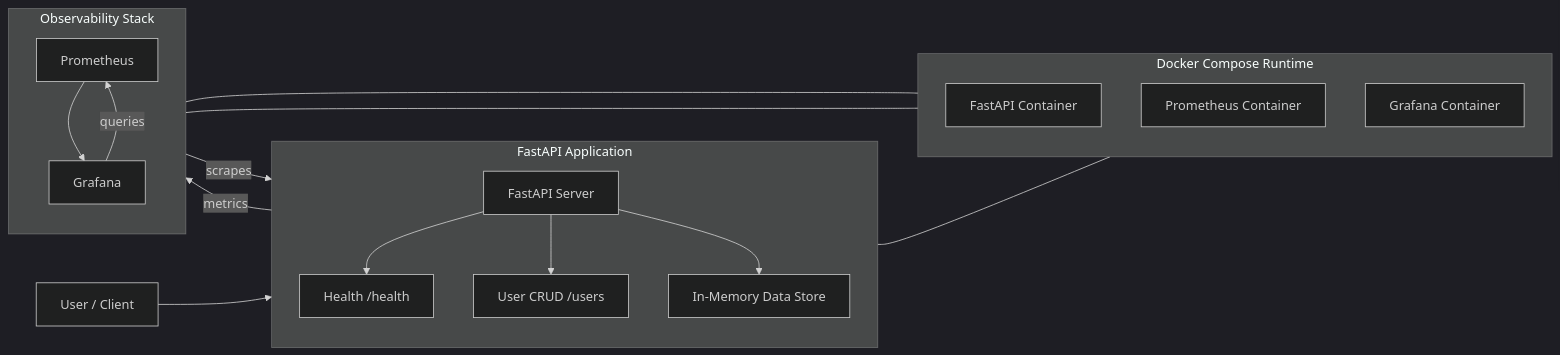
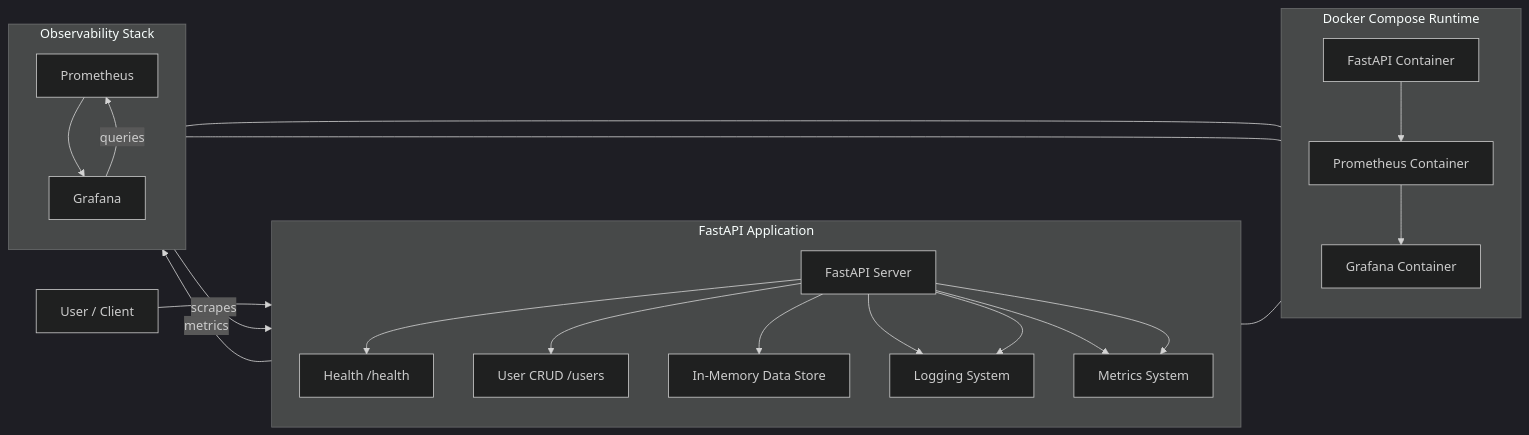
One commit to ZaiFlux/Cloud_API-Logging_System changed the diagram in README.md. Above: the diagram before and after it, drawn with Mermaid (dark theme).

````diff
--- a/README.md
+++ b/README.md
@@ -110,47 +108,57 @@
 ```mermaid
 flowchart LR
 
 User[User / Client]
+
+subgraph DEPLOY[Docker Compose Runtime]
+direction TB
+
+API_C[FastAPI Container]
+PROM_C[Prometheus Container]
+GRAF_C[Grafana Container]
+
+API_C --> PROM_C --> GRAF_C
+end
 
 subgraph APP[FastAPI Application]
 direction TB
 
 API[FastAPI Server]
 
 H[Health /health]
 USR[User CRUD /users]
 STORE[In-Memory Data Store]
 
+LOG[Logging System]
+MET[Metrics System]
+
 API --> H
 API --> USR
 API --> STORE
+API --> LOG
+API --> MET
 end
 
 subgraph OBS[Observability Stack]
 direction TB
 
 PROM[Prometheus]
 GRAF[Grafana]
 
 PROM --> GRAF
 end
 
 User --> API
 
+API --> LOG
+API --> MET
+
 API -->|metrics| PROM
 PROM -->|scrapes| API
 
 GRAF -->|queries| PROM
 
-subgraph DEPLOY[Docker Compose Runtime]
-direction TB
-
-API_C[FastAPI Container]
-PROM_C[Prometheus Container]
-GRAF_C[Grafana Container]
-end
-
 API --- API_C
 PROM --- PROM_C
 GRAF --- GRAF_C
 ```
````
